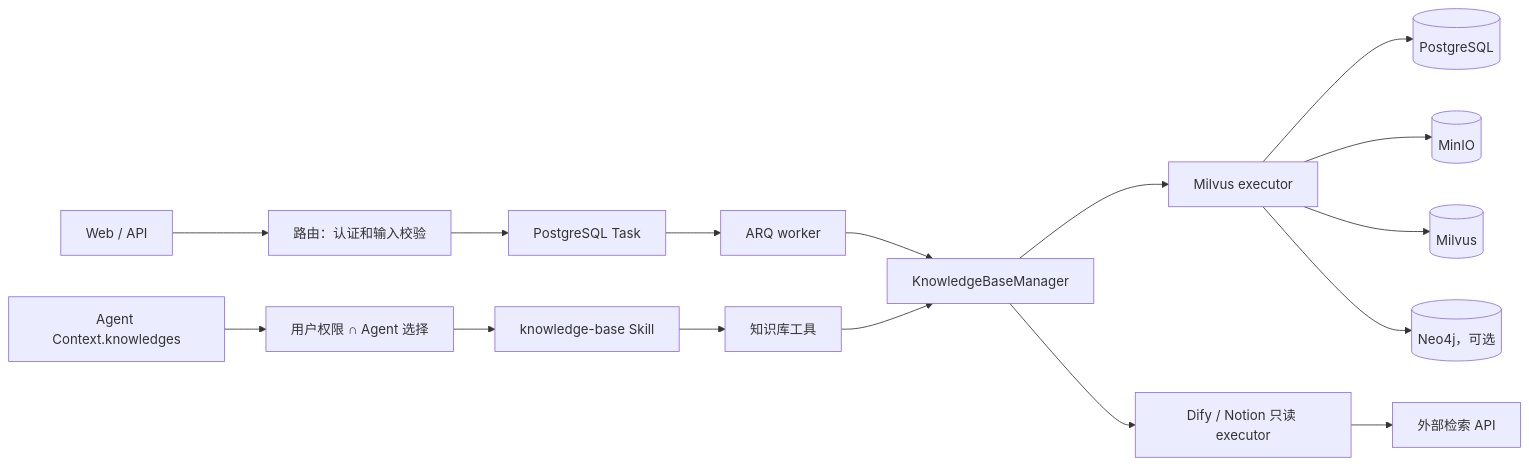
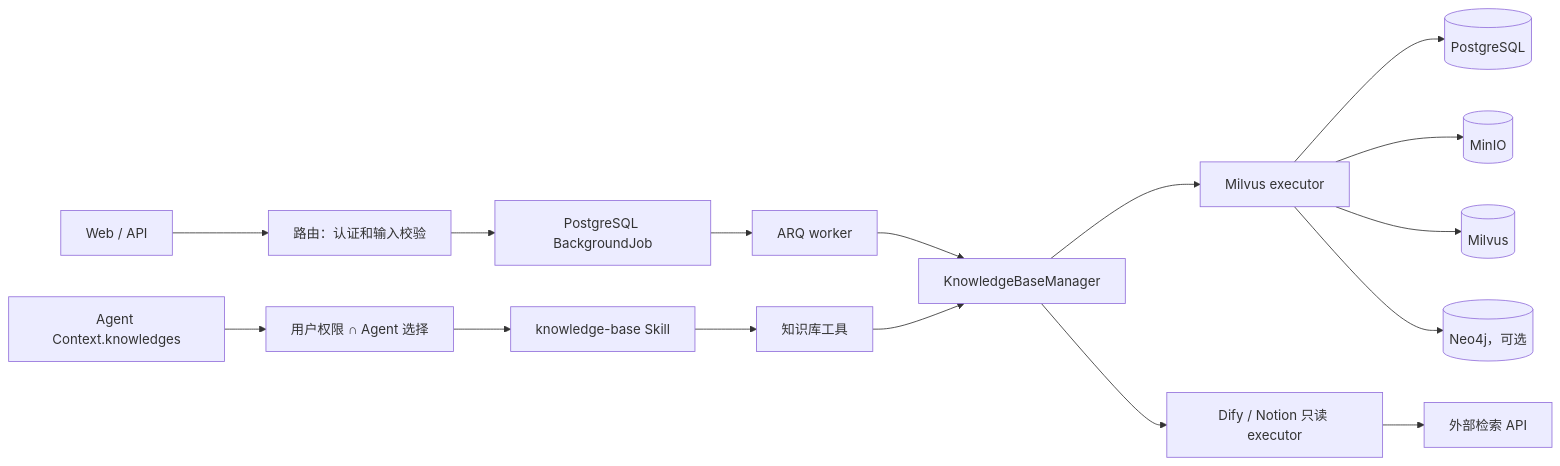
One commit to Yuchuan925/Yuxi changed the first of 2 diagrams in docs/mechanisms/knowledge-base.md. Above: the diagram before and after it, drawn with Mermaid. The commit also changed other lines of this file and 89 other files, not shown here.

Commit message:
refactor: 收窄作业记录职责并统一 BackgroundJob 边界

````diff
--- a/docs/mechanisms/knowledge-base.md
+++ b/docs/mechanisms/knowledge-base.md
@@ -18,19 +18,19 @@
 ```mermaid
 flowchart LR
     UI["Web / API"] --> Router["路由：认证和输入校验"]
-    Router --> Task["PostgreSQL Task"]
+    Router --> Task["PostgreSQL BackgroundJob"]
     Task --> Worker["ARQ worker"]
     Worker --> Manager["KnowledgeBaseManager"]
     Manager --> MilvusKB["Milvus executor"]
     Manager --> Connector["Dify / Notion 只读 executor"]
     MilvusKB --> PG[("PostgreSQL")]
     MilvusKB --> Object[("MinIO")]
     MilvusKB --> Vector[("Milvus")]
     MilvusKB --> Graph[("Neo4j，可选")]
     Connector --> External["外部检索 API"]
 
     Context["Agent Context.knowledges"] --> Visible["用户权限 ∩ Agent 选择"]
     Visible --> Skill["knowledge-base Skill"]
     Skill --> Tools["知识库工具"]
     Tools --> Manager
 ```
````
